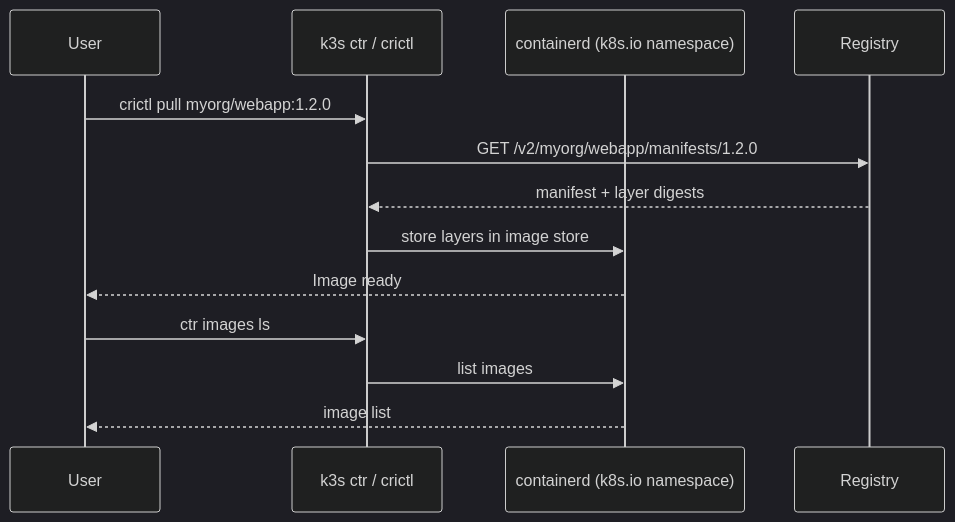
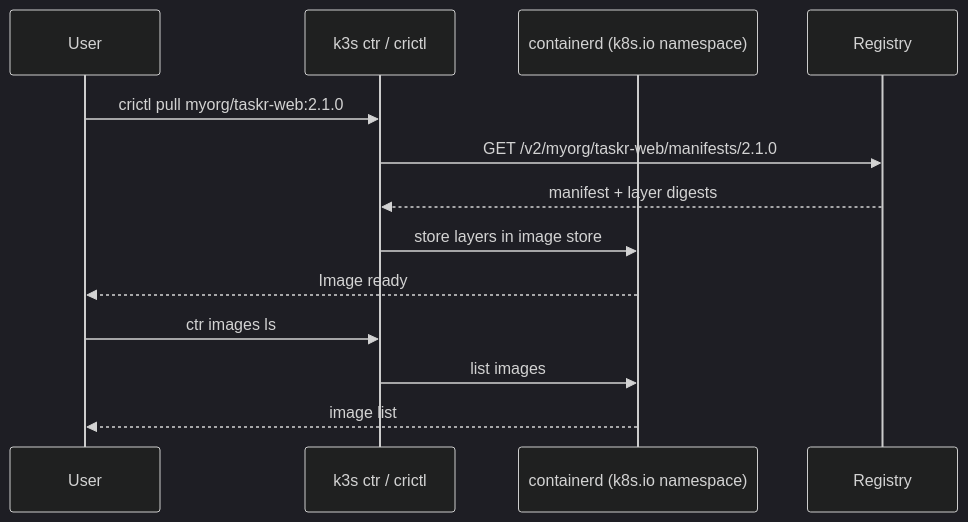
Before and after one commit to UncleJS/course_k3s: the sixth of 7 diagrams in 16_podman_to_k3s/03_images_and_registries.md, drawn with Mermaid (dark theme). The commit also changed other lines of this file and 21 other files, not shown here.

````diff
--- a/16_podman_to_k3s/03_images_and_registries.md
+++ b/16_podman_to_k3s/03_images_and_registries.md
@@ -365,17 +742,17 @@
 ```mermaid
 sequenceDiagram
     participant U as User
     participant K as k3s ctr / crictl
     participant C as containerd (k8s.io namespace)
     participant R as Registry
 
-    U->>K: crictl pull myorg/webapp:1.2.0
-    K->>R: GET /v2/myorg/webapp/manifests/1.2.0
+    U->>K: crictl pull myorg/taskr-web:2.1.0
+    K->>R: GET /v2/myorg/taskr-web/manifests/2.1.0
     R-->>K: manifest + layer digests
     K->>C: store layers in image store
     C-->>U: Image ready
 
     U->>K: ctr images ls
     K->>C: list images
     C-->>U: image list
 ```
````
